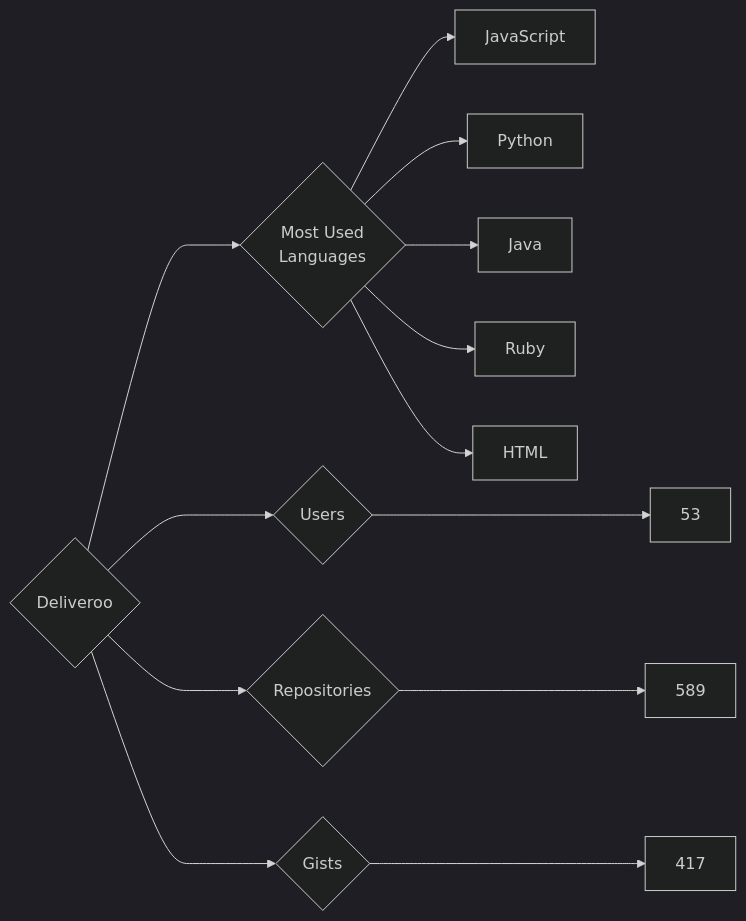
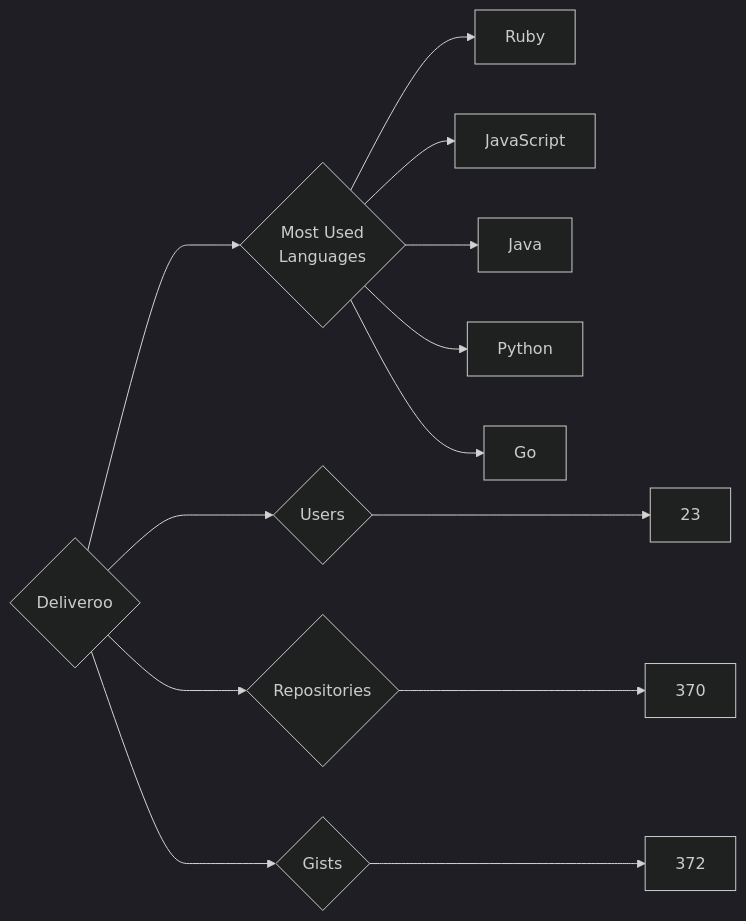
The diagram in targets/Deliveroo/README.md (trickest/insiders), drawn with Mermaid (dark theme) before and after one commit. The commit also changed 676 other files, not shown here.

````diff
--- a/targets/Deliveroo/README.md
+++ b/targets/Deliveroo/README.md
@@ -3,13 +3,13 @@
 ```mermaid
 graph LR
 COMPANY_NAME{Deliveroo}
-COMPANY_NAME ---> U{Users} ---> UN[53]
-COMPANY_NAME ---> R{Repositories} ---> RN[589]
-COMPANY_NAME ---> G{Gists} ---> GN[417]
+COMPANY_NAME ---> U{Users} ---> UN[23]
+COMPANY_NAME ---> R{Repositories} ---> RN[370]
+COMPANY_NAME ---> G{Gists} ---> GN[372]
 COMPANY_NAME ---> ML{Most Used<br>Languages}
+ML --> Ruby[Ruby]
 ML --> JavaScript[JavaScript]
+ML --> Java[Java]
 ML --> Python[Python]
-ML --> Java[Java]
-ML --> Ruby[Ruby]
-ML --> HTML[HTML]
+ML --> Go[Go]
 ```
````
